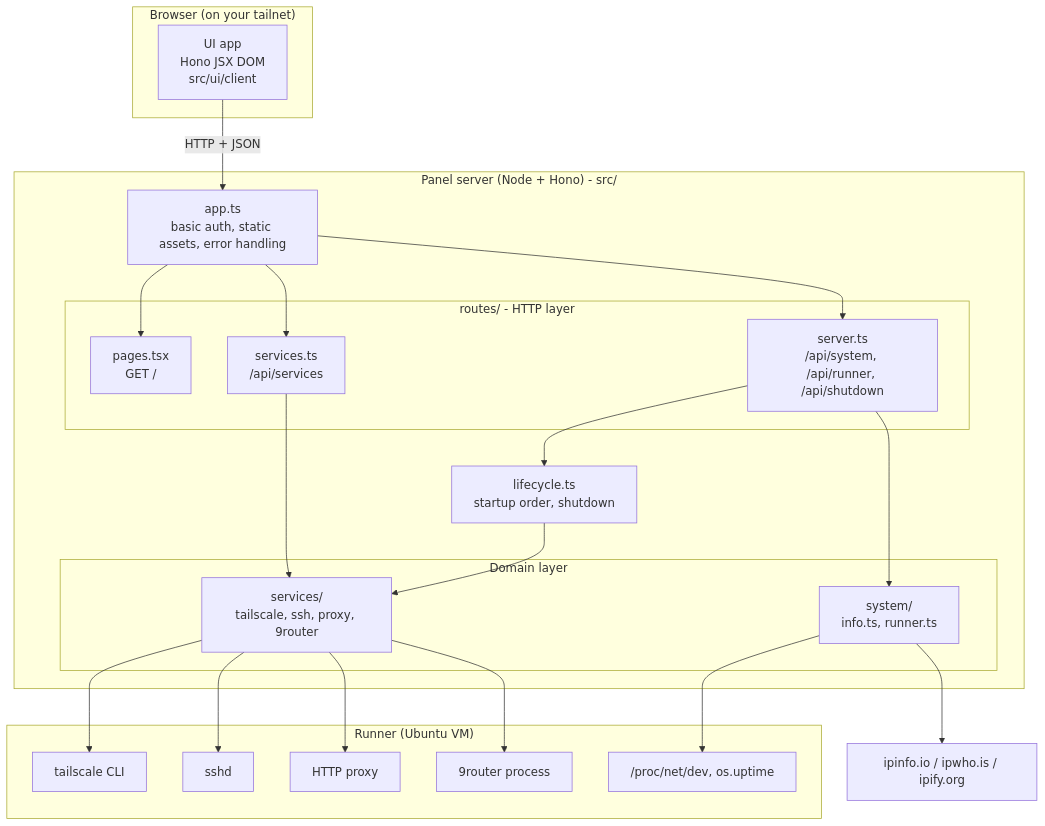
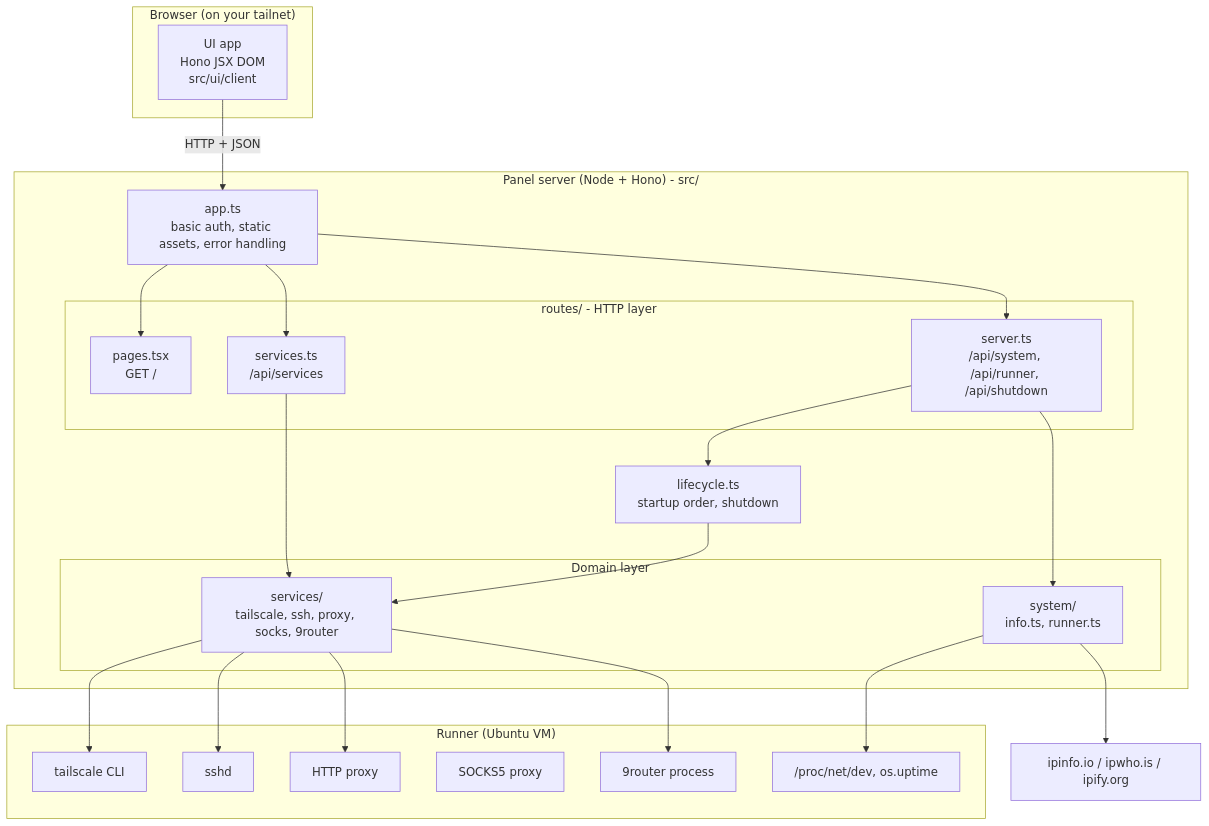
One commit to amirhmp/gh-panel changed the first of 5 diagrams in README.md. Above: the diagram before and after it, drawn with Mermaid. The commit also changed other lines of this file and 4 other files, not shown here.

Commit message:
feat: SOCKS proxy added

````diff
--- a/README.md
+++ b/README.md
@@ -75,44 +77,45 @@
 ```mermaid
 flowchart TB
   subgraph Browser["Browser (on your tailnet)"]
     UI["UI app<br/>Hono JSX DOM<br/>src/ui/client"]
   end
 
   subgraph Server["Panel server (Node + Hono) - src/"]
     APP["app.ts<br/>basic auth, static assets, error handling"]
     subgraph Routes["routes/ - HTTP layer"]
       RP["pages.tsx<br/>GET /"]
       RS["services.ts<br/>/api/services"]
       RV["server.ts<br/>/api/system, /api/runner, /api/shutdown"]
     end
     subgraph Domain["Domain layer"]
-      SV["services/<br/>tailscale, ssh, proxy, 9router"]
+      SV["services/<br/>tailscale, ssh, proxy, socks, 9router"]
       SY["system/<br/>info.ts, runner.ts"]
     end
     LC["lifecycle.ts<br/>startup order, shutdown"]
   end
 
   subgraph Host["Runner (Ubuntu VM)"]
     TS["tailscale CLI"]
     SSHD["sshd"]
     PX["HTTP proxy"]
+    SK["SOCKS5 proxy"]
     R9["9router process"]
     PROC["/proc/net/dev, os.uptime"]
   end
   NET["ipinfo.io / ipwho.is / ipify.org"]
 
   UI -->|"HTTP + JSON"| APP
   APP --> RP
   APP --> RS
   APP --> RV
   RS --> SV
   RV --> SY
   RV --> LC
   LC --> SV
   SV --> TS
   SV --> SSHD
   SV --> PX
   SV --> R9
   SY --> PROC
   SY --> NET
 ```
````
